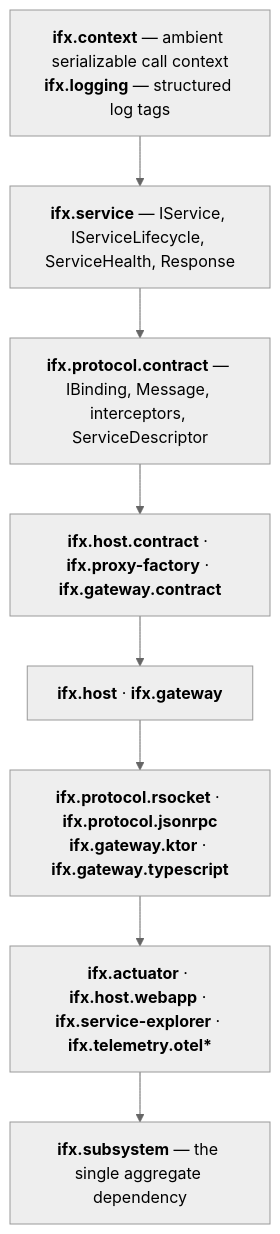
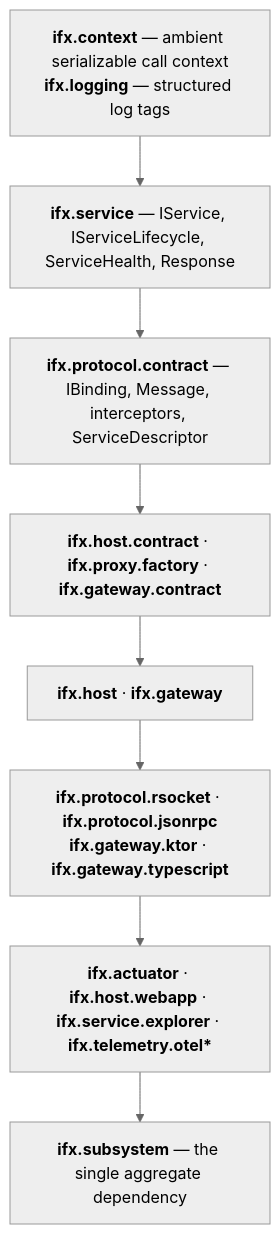
Before and after one commit to carbide-ifx/carbide: the second of 3 diagrams in docs/architecture.md, drawn with Mermaid (neutral theme). The commit also changed other lines of this file and 57 other files, not shown here.

````diff
--- a/docs/architecture.md
+++ b/docs/architecture.md
@@ -76,13 +76,13 @@
 ```mermaid
 flowchart TB
     L0["<b>ifx.context</b> — ambient serializable call context<br/><b>ifx.logging</b> — structured log tags"]
     L1["<b>ifx.service</b> — IService, IServiceLifecycle, ServiceHealth, Response"]
     L2["<b>ifx.protocol.contract</b> — IBinding, Message, interceptors, ServiceDescriptor"]
-    L3["<b>ifx.host.contract</b> · <b>ifx.proxy-factory</b> · <b>ifx.gateway.contract</b>"]
+    L3["<b>ifx.host.contract</b> · <b>ifx.proxy.factory</b> · <b>ifx.gateway.contract</b>"]
     L4["<b>ifx.host</b> · <b>ifx.gateway</b>"]
     L5["<b>ifx.protocol.rsocket</b> · <b>ifx.protocol.jsonrpc</b><br/><b>ifx.gateway.ktor</b> · <b>ifx.gateway.typescript</b>"]
-    L6["<b>ifx.actuator</b> · <b>ifx.host.webapp</b> · <b>ifx.service-explorer</b> · <b>ifx.telemetry.otel*</b>"]
+    L6["<b>ifx.actuator</b> · <b>ifx.host.webapp</b> · <b>ifx.service.explorer</b> · <b>ifx.telemetry.otel*</b>"]
     L7["<b>ifx.subsystem</b> — the single aggregate dependency"]
 
     L0 --> L1 --> L2 --> L3 --> L4 --> L5 --> L6 --> L7
 ```
````
